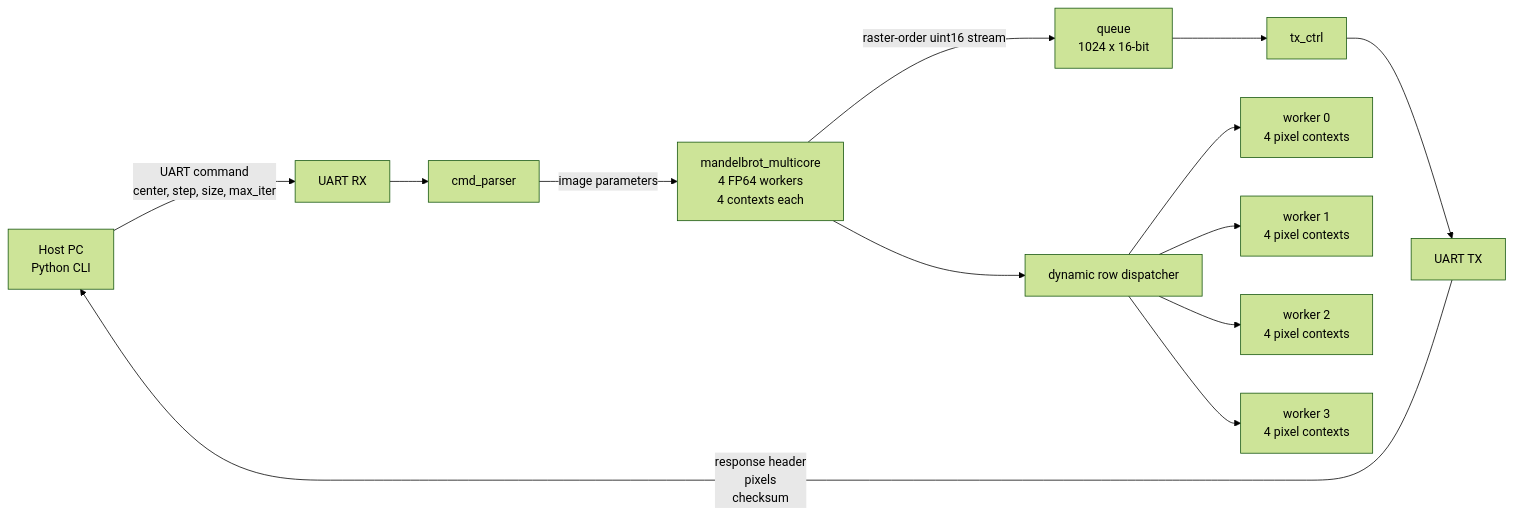
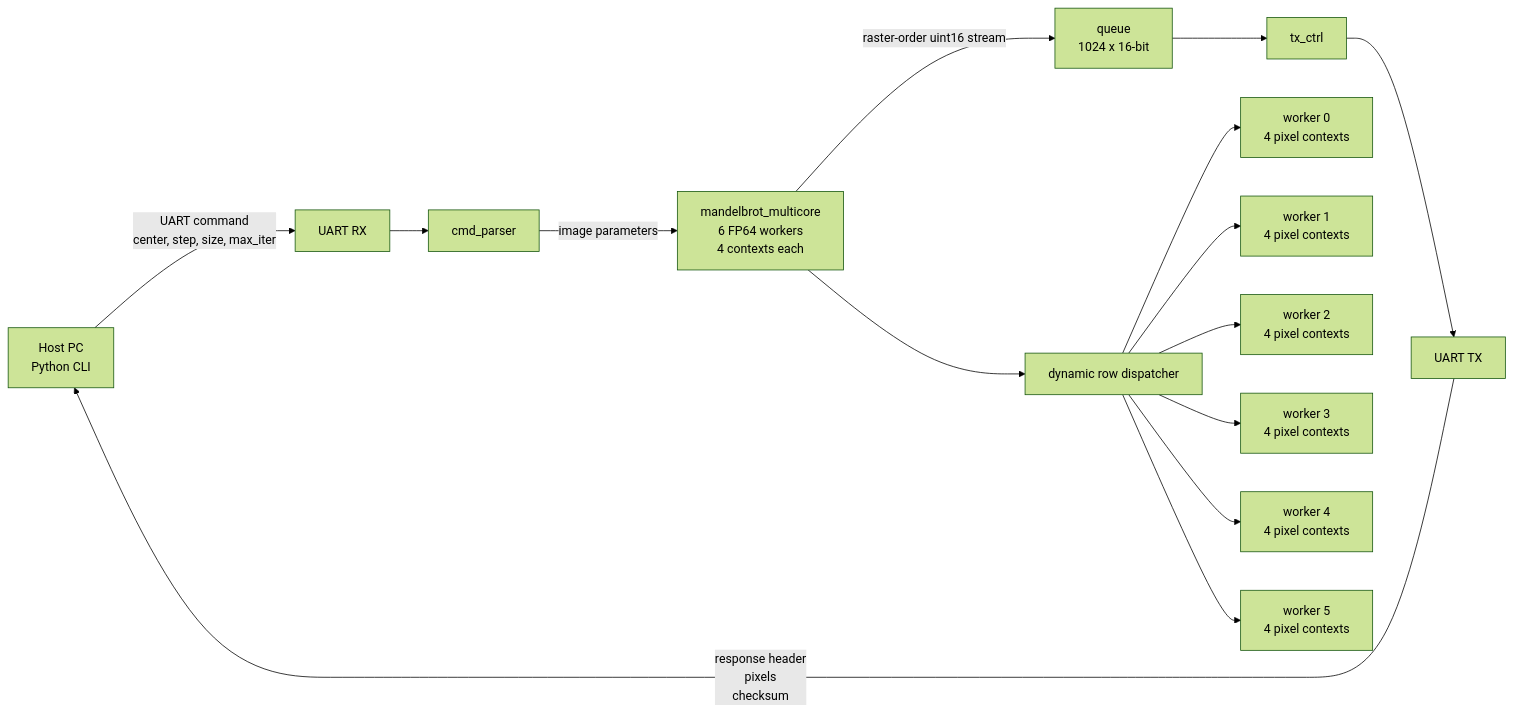
One commit to RESBI/FPGA-Mandelbrot-Demo changed the first of 4 diagrams in README.md. Above: the diagram before and after it, drawn with Mermaid (forest theme). The commit also changed other lines of this file and 12 other files, not shown here.

````diff
--- a/README.md
+++ b/README.md
@@ -115,16 +115,18 @@
 ```mermaid
 flowchart LR
     PC[Host PC<br/>Python CLI] -->|UART command<br/>center, step, size, max_iter| RX[UART RX]
     RX --> Parser[cmd_parser]
-    Parser -->|image parameters| Core[mandelbrot_multicore<br/>4 FP64 workers<br/>4 contexts each]
+    Parser -->|image parameters| Core[mandelbrot_multicore<br/>6 FP64 workers<br/>4 contexts each]
     Core -->|raster-order uint16 stream| FIFO[queue<br/>1024 x 16-bit]
     FIFO --> TXC[tx_ctrl]
     TXC --> TX[UART TX]
     TX -->|response header<br/>pixels<br/>checksum| PC
 
     Core --> SCHED[dynamic row dispatcher]
     SCHED --> W0[worker 0<br/>4 pixel contexts]
     SCHED --> W1[worker 1<br/>4 pixel contexts]
     SCHED --> W2[worker 2<br/>4 pixel contexts]
     SCHED --> W3[worker 3<br/>4 pixel contexts]
+    SCHED --> W4[worker 4<br/>4 pixel contexts]
+    SCHED --> W5[worker 5<br/>4 pixel contexts]
 ```
````
